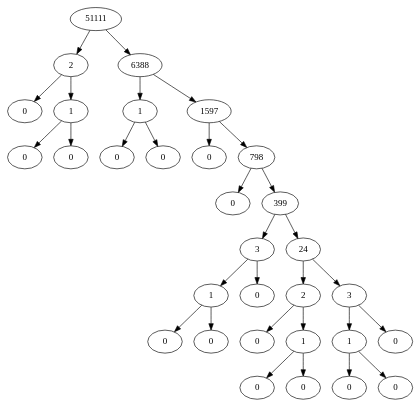
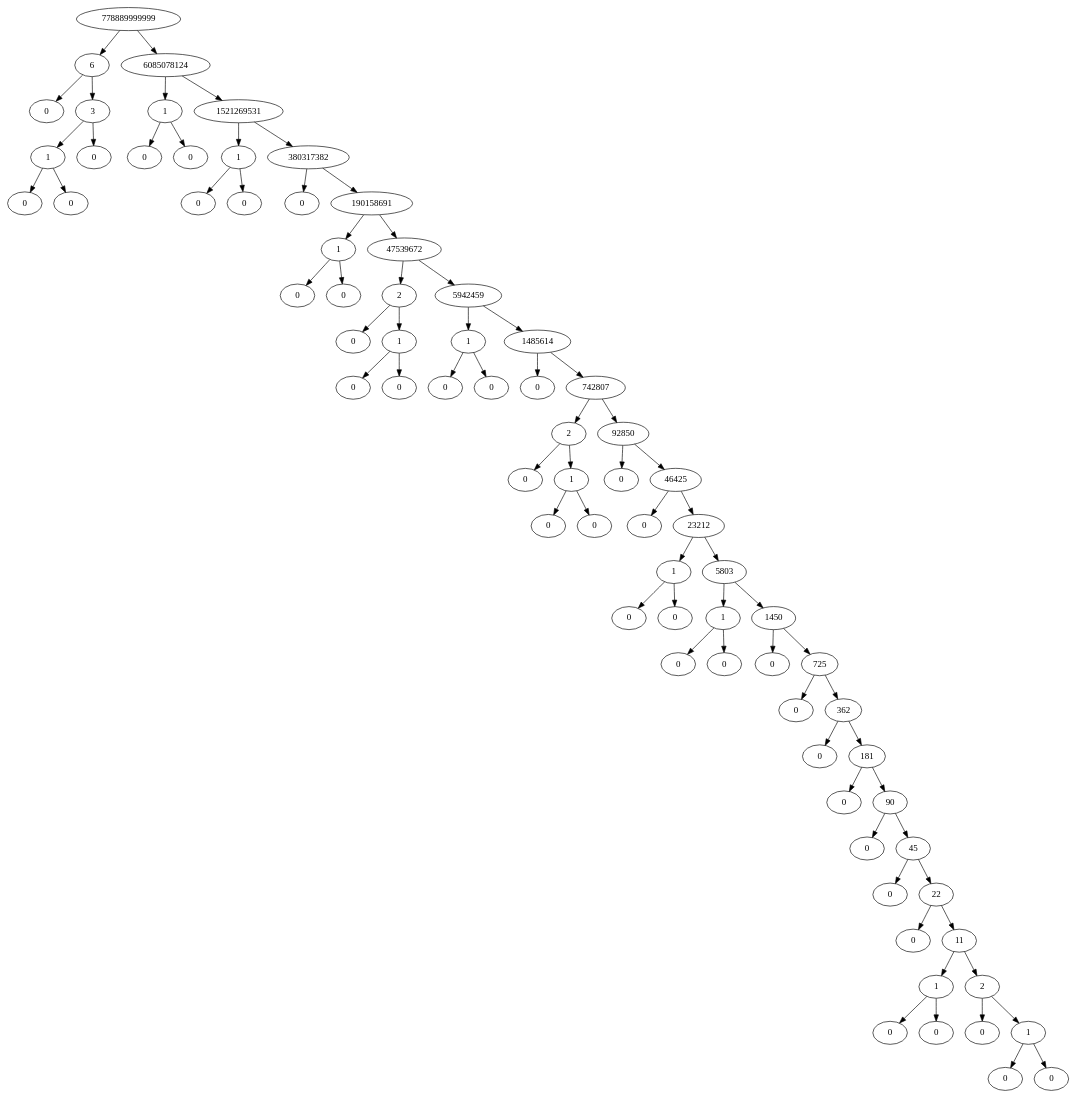
Before and after one commit to ptarau/Tree-based-Arithmetic-Systems-in-Python: the diagram in src/Digraph.gv, drawn with Graphviz. The commit also changed 1 other file, not shown here.

Commit message:
other graph example

```diff
--- a/src/Digraph.gv
+++ b/src/Digraph.gv
@@ -1,92 +1,224 @@
 digraph {
-	0 [label=51111]
-	1 [label=2]
+	0 [label=778889999999]
+	1 [label=6]
 	0 -> 1
-	1 [label=2]
+	1 [label=6]
 	2 [label=0]
 	1 -> 2
-	1 [label=2]
-	3 [label=1]
+	1 [label=6]
+	3 [label=3]
 	1 -> 3
-	3 [label=1]
-	4 [label=0]
+	3 [label=3]
+	4 [label=1]
 	3 -> 4
-	3 [label=1]
+	4 [label=1]
 	5 [label=0]
-	3 -> 5
-	0 [label=51111]
-	6 [label=6388]
-	0 -> 6
-	6 [label=6388]
-	7 [label=1]
-	6 -> 7
-	7 [label=1]
-	8 [label=0]
-	7 -> 8
-	7 [label=1]
-	9 [label=0]
-	7 -> 9
-	6 [label=6388]
-	10 [label=1597]
-	6 -> 10
-	10 [label=1597]
+	4 -> 5
+	4 [label=1]
+	6 [label=0]
+	4 -> 6
+	3 [label=3]
+	7 [label=0]
+	3 -> 7
+	0 [label=778889999999]
+	8 [label=6085078124]
+	0 -> 8
+	8 [label=6085078124]
+	9 [label=1]
+	8 -> 9
+	9 [label=1]
+	10 [label=0]
+	9 -> 10
+	9 [label=1]
 	11 [label=0]
-	10 -> 11
-	10 [label=1597]
-	12 [label=798]
-	10 -> 12
-	12 [label=798]
-	13 [label=0]
+	9 -> 11
+	8 [label=6085078124]
+	12 [label=1521269531]
+	8 -> 12
+	12 [label=1521269531]
+	13 [label=1]
 	12 -> 13
-	12 [label=798]
-	14 [label=399]
-	12 -> 14
-	14 [label=399]
-	15 [label=3]
-	14 -> 15
-	15 [label=3]
-	16 [label=1]
-	15 -> 16
-	16 [label=1]
+	13 [label=1]
+	14 [label=0]
+	13 -> 14
+	13 [label=1]
+	15 [label=0]
+	13 -> 15
+	12 [label=1521269531]
+	16 [label=380317382]
+	12 -> 16
+	16 [label=380317382]
 	17 [label=0]
 	16 -> 17
-	16 [label=1]
-	18 [label=0]
+	16 [label=380317382]
+	18 [label=190158691]
 	16 -> 18
-	15 [label=3]
-	19 [label=0]
-	15 -> 19
-	14 [label=399]
-	20 [label=24]
-	14 -> 20
-	20 [label=24]
-	21 [label=2]
-	20 -> 21
-	21 [label=2]
-	22 [label=0]
-	21 -> 22
-	21 [label=2]
-	23 [label=1]
-	21 -> 23
-	23 [label=1]
+	18 [label=190158691]
+	19 [label=1]
+	18 -> 19
+	19 [label=1]
+	20 [label=0]
+	19 -> 20
+	19 [label=1]
+	21 [label=0]
+	19 -> 21
+	18 [label=190158691]
+	22 [label=47539672]
+	18 -> 22
+	22 [label=47539672]
+	23 [label=2]
+	22 -> 23
+	23 [label=2]
 	24 [label=0]
 	23 -> 24
-	23 [label=1]
-	25 [label=0]
+	23 [label=2]
+	25 [label=1]
 	23 -> 25
-	20 [label=24]
-	26 [label=3]
-	20 -> 26
-	26 [label=3]
-	27 [label=1]
-	26 -> 27
-	27 [label=1]
-	28 [label=0]
-	27 -> 28
-	27 [label=1]
-	29 [label=0]
-	27 -> 29
-	26 [label=3]
+	25 [label=1]
+	26 [label=0]
+	25 -> 26
+	25 [label=1]
+	27 [label=0]
+	25 -> 27
+	22 [label=47539672]
+	28 [label=5942459]
+	22 -> 28
+	28 [label=5942459]
+	29 [label=1]
+	28 -> 29
+	29 [label=1]
 	30 [label=0]
-	26 -> 30
+	29 -> 30
+	29 [label=1]
+	31 [label=0]
+	29 -> 31
+	28 [label=5942459]
+	32 [label=1485614]
+	28 -> 32
+	32 [label=1485614]
+	33 [label=0]
+	32 -> 33
+	32 [label=1485614]
+	34 [label=742807]
+	32 -> 34
+	34 [label=742807]
+	35 [label=2]
+	34 -> 35
+	35 [label=2]
+	36 [label=0]
+	35 -> 36
+	35 [label=2]
+	37 [label=1]
+	35 -> 37
+	37 [label=1]
+	38 [label=0]
+	37 -> 38
+	37 [label=1]
+	39 [label=0]
+	37 -> 39
+	34 [label=742807]
+	40 [label=92850]
+	34 -> 40
+	40 [label=92850]
+	41 [label=0]
+	40 -> 41
+	40 [label=92850]
+	42 [label=46425]
+	40 -> 42
+	42 [label=46425]
+	43 [label=0]
+	42 -> 43
+	42 [label=46425]
+	44 [label=23212]
+	42 -> 44
+	44 [label=23212]
+	45 [label=1]
+	44 -> 45
+	45 [label=1]
+	46 [label=0]
+	45 -> 46
+	45 [label=1]
+	47 [label=0]
+	45 -> 47
+	44 [label=23212]
+	48 [label=5803]
+	44 -> 48
+	48 [label=5803]
+	49 [label=1]
+	48 -> 49
+	49 [label=1]
+	50 [label=0]
+	49 -> 50
+	49 [label=1]
+	51 [label=0]
+	49 -> 51
+	48 [label=5803]
+	52 [label=1450]
+	48 -> 52
+	52 [label=1450]
+	53 [label=0]
+	52 -> 53
+	52 [label=1450]
+	54 [label=725]
+	52 -> 54
+	54 [label=725]
+	55 [label=0]
+	54 -> 55
+	54 [label=725]
+	56 [label=362]
+	54 -> 56
+	56 [label=362]
+	57 [label=0]
+	56 -> 57
+	56 [label=362]
+	58 [label=181]
+	56 -> 58
+	58 [label=181]
+	59 [label=0]
+	58 -> 59
+	58 [label=181]
+	60 [label=90]
+	58 -> 60
+	60 [label=90]
+	61 [label=0]
+	60 -> 61
+	60 [label=90]
+	62 [label=45]
+	60 -> 62
+	62 [label=45]
+	63 [label=0]
+	62 -> 63
+	62 [label=45]
+	64 [label=22]
+	62 -> 64
+	64 [label=22]
+	65 [label=0]
+	64 -> 65
+	64 [label=22]
+	66 [label=11]
+	64 -> 66
+	66 [label=11]
+	67 [label=1]
+	66 -> 67
+	67 [label=1]
+	68 [label=0]
+	67 -> 68
+	67 [label=1]
+	69 [label=0]
+	67 -> 69
+	66 [label=11]
+	70 [label=2]
+	66 -> 70
+	70 [label=2]
+	71 [label=0]
+	70 -> 71
+	70 [label=2]
+	72 [label=1]
+	70 -> 72
+	72 [label=1]
+	73 [label=0]
+	72 -> 73
+	72 [label=1]
+	74 [label=0]
+	72 -> 74
 }
```
